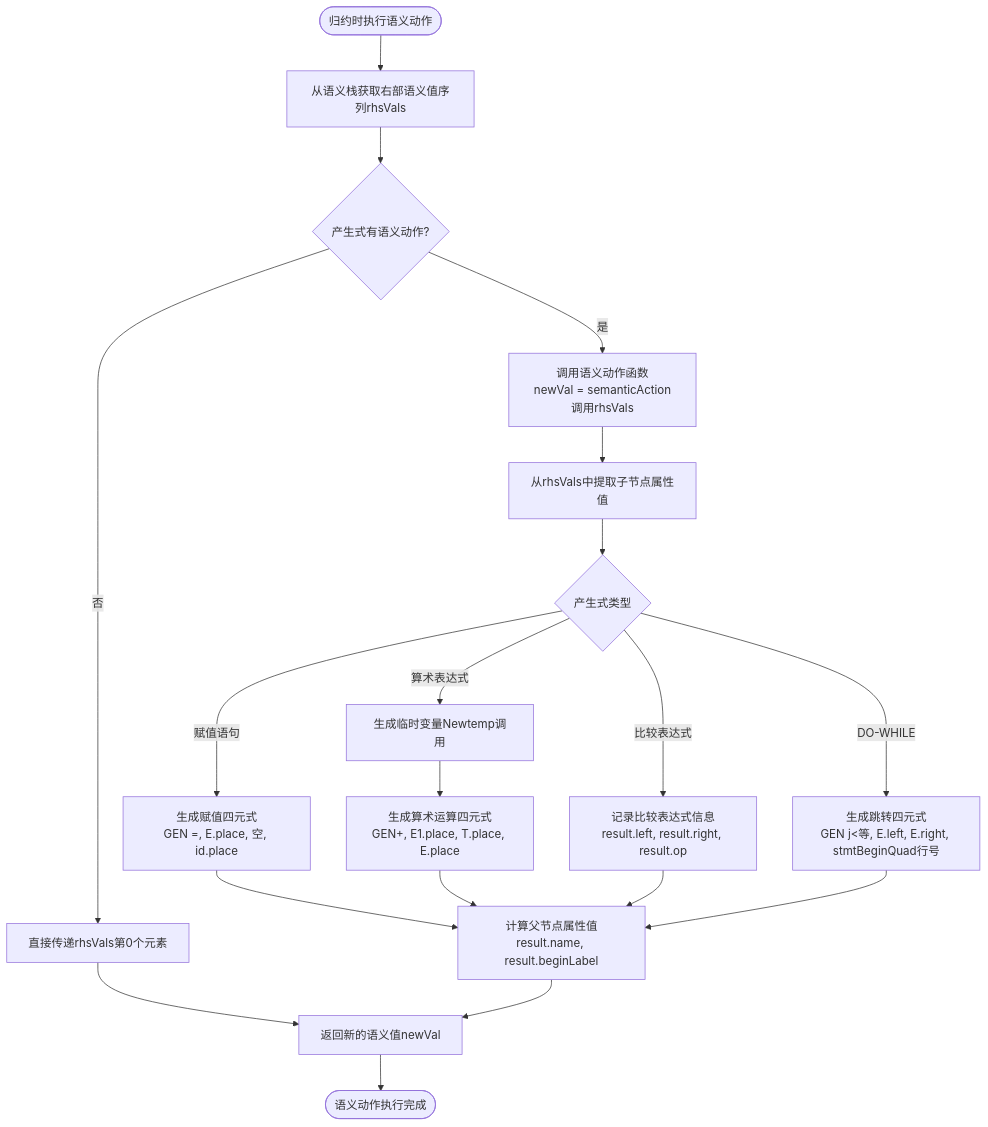
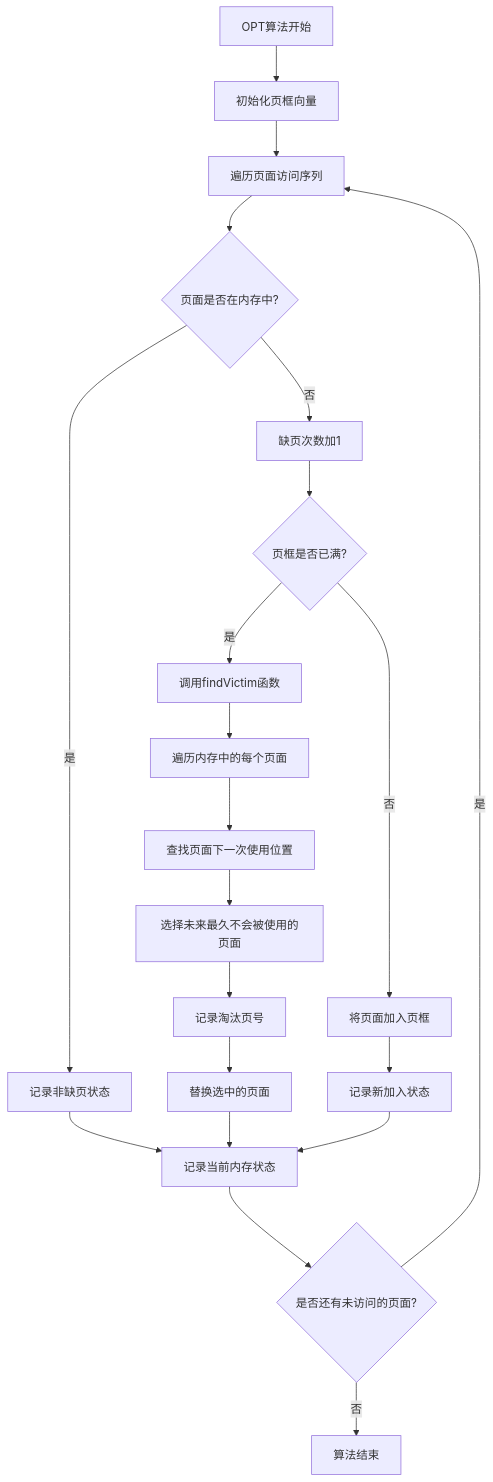
One commit to zhengky-paper-account/-CF-OF- changed the fifth of 7 diagrams in README.md. Above: the diagram before and after it, drawn with Mermaid. The commit also changed other lines of this file, not shown here.

````diff
--- a/README.md
+++ b/README.md
@@ -87,21 +135,23 @@
 ```mermaid
 flowchart TD
-    开始([归约时执行语义动作]) --> 获取右部语义值[从语义栈获取右部语义值序列rhsVals]
-    获取右部语义值 --> 检查语义动作{产生式有语义动作?}
-    检查语义动作 -->|否| 直接传递[直接传递rhsVals第0个元素]
-    检查语义动作 -->|是| 调用语义函数[调用语义动作函数<br/>newVal = semanticAction调用rhsVals]
-    调用语义函数 --> 提取属性值[从rhsVals中提取子节点属性值]
-    提取属性值 --> 判断产生式类型{产生式类型}
-    判断产生式类型 -->|赋值语句| 生成赋值四元式[生成赋值四元式<br/>GEN =, E.place, 空, id.place]
-    判断产生式类型 -->|算术表达式| 生成临时变量[生成临时变量Newtemp调用]
-    生成临时变量 --> 生成算术四元式[生成算术运算四元式<br/>GEN+, E1.place, T.place, E.place]
-    判断产生式类型 -->|比较表达式| 记录比较信息[记录比较表达式信息<br/>result.left, result.right, result.op]
-    判断产生式类型 -->|DO-WHILE| 生成跳转四元式[生成跳转四元式<br/>GEN j<等, E.left, E.right, stmtBeginQuad行号]
-    生成赋值四元式 --> 计算父节点属性值[计算父节点属性值<br/>result.name, result.beginLabel]
-    生成算术四元式 --> 计算父节点属性值
-    记录比较信息 --> 计算父节点属性值
-    生成跳转四元式 --> 计算父节点属性值
-    直接传递 --> 返回新属性值[返回新的语义值newVal]
-    计算父节点属性值 --> 返回新属性值
-    返回新属性值 --> 结束([语义动作执行完成])
+    A[OPT算法开始] --> B[初始化页框向量]
+    B --> C[遍历页面访问序列]
+    C --> D{页面是否在内存中?}
+    D -->|是| E[记录非缺页状态]
+    D -->|否| F[缺页次数加1]
+    F --> G{页框是否已满?}
+    G -->|否| H[将页面加入页框]
+    G -->|是| I[调用findVictim函数]
+    I --> J[遍历内存中的每个页面]
+    J --> K[查找页面下一次使用位置]
+    K --> L[选择未来最久不会被使用的页面]
+    L --> M[记录淘汰页号]
+    M --> N[替换选中的页面]
+    H --> O[记录新加入状态]
+    E --> P[记录当前内存状态]
+    N --> P
+    O --> P
+    P --> Q{是否还有未访问的页面?}
+    Q -->|是| C
+    Q -->|否| R[算法结束]
 ```
````
